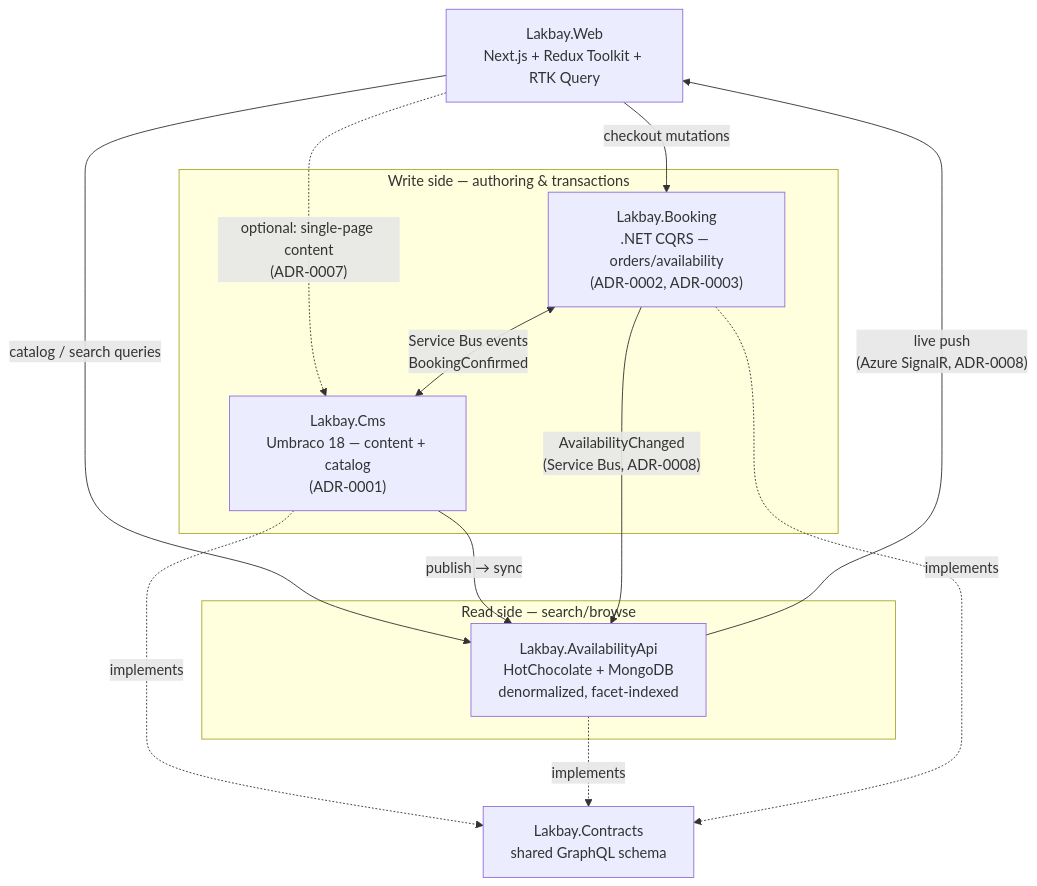
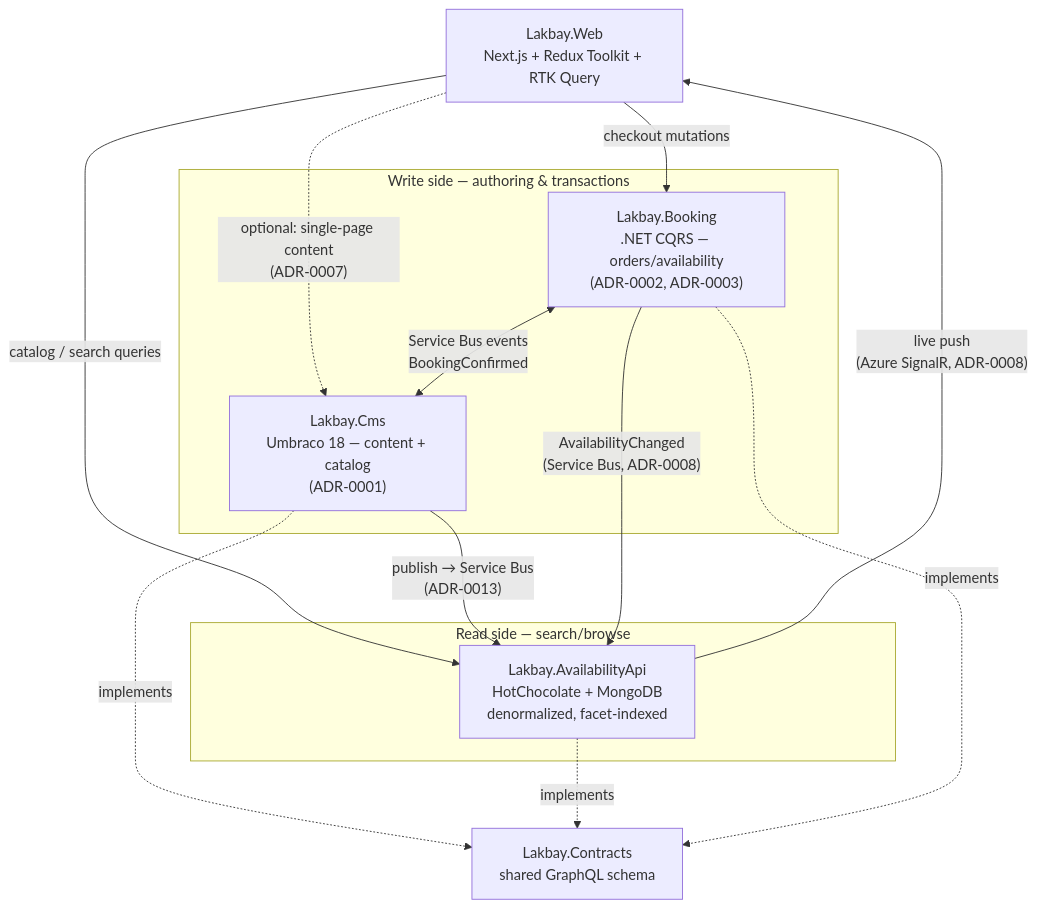
Before and after one commit to randolfsegubre/Lakbay.Docs: the diagram in docs/06_SYSTEM_ARCHITECTURE.md, drawn with Mermaid. The commit also changed other lines of this file and 16 other files, not shown here.

````diff
--- a/docs/06_SYSTEM_ARCHITECTURE.md
+++ b/docs/06_SYSTEM_ARCHITECTURE.md
@@ -21,26 +21,26 @@
 ```mermaid
 flowchart TB
     Web["Lakbay.Web\nNext.js + Redux Toolkit + RTK Query"]
 
     subgraph Read["Read side — search/browse"]
         Search["Lakbay.AvailabilityApi\nHotChocolate + MongoDB\ndenormalized, facet-indexed"]
     end
 
     subgraph Write["Write side — authoring & transactions"]
         Cms["Lakbay.Cms\nUmbraco 18 — content + catalog\n(ADR-0001)"]
         Booking["Lakbay.Booking\n.NET CQRS — orders/availability\n(ADR-0002, ADR-0003)"]
     end
 
     Contracts["Lakbay.Contracts\nshared GraphQL schema"]
 
     Web -- "catalog / search queries" --> Search
     Web -- "checkout mutations" --> Booking
     Web -. "optional: single-page content\n(ADR-0007)" .-> Cms
-    Cms -- "publish → sync" --> Search
+    Cms -- "publish → Service Bus\n(ADR-0013)" --> Search
     Booking -- "AvailabilityChanged\n(Service Bus, ADR-0008)" --> Search
     Booking <-- "Service Bus events\nBookingConfirmed" --> Cms
     Search -- "live push\n(Azure SignalR, ADR-0008)" --> Web
     Cms -. implements .-> Contracts
     Search -. implements .-> Contracts
     Booking -. implements .-> Contracts
 ```
````
